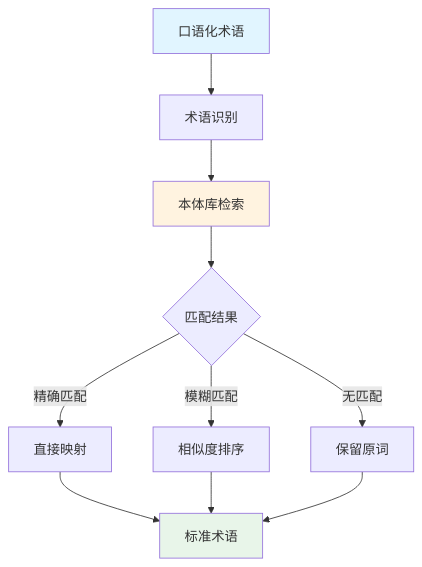
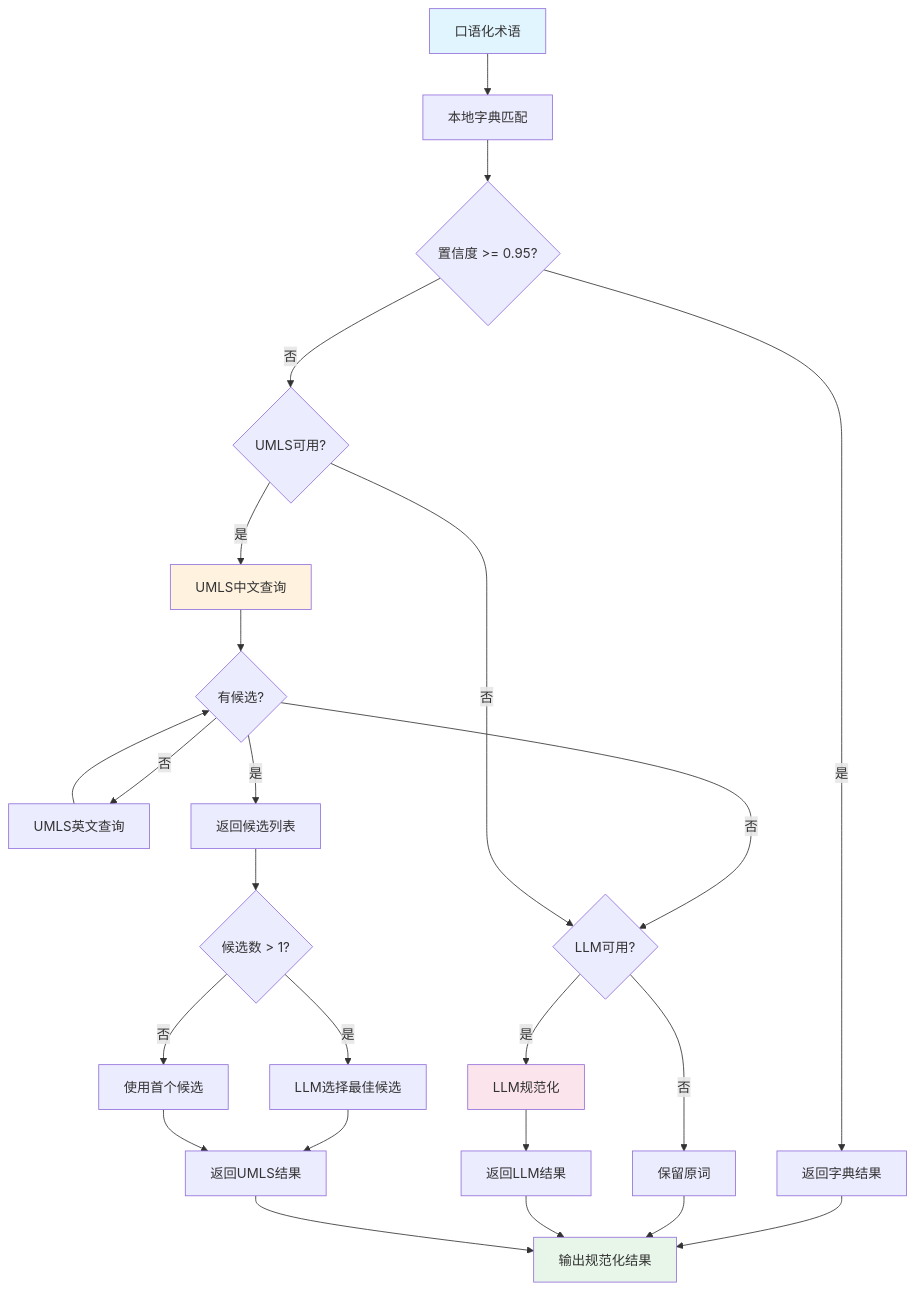
Before and after one commit to LiGaohe/MedicalAssistant: diagram 13 of 20 in docs/architecture.md, drawn with Mermaid. The commit also changed other lines of this file and 52 other files, not shown here.

````diff
--- a/docs/architecture.md
+++ b/docs/architecture.md
@@ -591,16 +597,31 @@
 ```mermaid
 graph TB
-    A[口语化术语] --> B[术语识别]
-    B --> C[本体库检索]
-    C --> D{匹配结果}
-    D -->|精确匹配| E[直接映射]
-    D -->|模糊匹配| F[相似度排序]
-    D -->|无匹配| G[保留原词]
-    E --> H[标准术语]
-    F --> H
-    G --> H
+    A[口语化术语] --> B[本地字典匹配]
+    B --> C{置信度 >= 0.95?}
+    C -->|是| D[返回字典结果]
+    C -->|否| E{UMLS可用?}
+    E -->|是| F[UMLS中文查询]
+    F --> G{有候选?}
+    G -->|否| H[UMLS英文查询]
+    H --> G
+    G -->|是| I[返回候选列表]
+    G -->|否| J{LLM可用?}
+    E -->|否| J
+    J -->|是| K[LLM规范化]
+    J -->|否| L[保留原词]
+    K --> M[返回LLM结果]
+    I --> N{候选数 > 1?}
+    N -->|是| O[LLM选择最佳候选]
+    N -->|否| P[使用首个候选]
+    O --> Q[返回UMLS结果]
+    P --> Q
+    D --> R[输出规范化结果]
+    L --> R
+    M --> R
+    Q --> R
     
     style A fill:#e1f5ff
-    style H fill:#e8f5e9
-    style C fill:#fff3e0
+    style R fill:#e8f5e9
+    style F fill:#fff3e0
+    style K fill:#fce4ec
 ```
````
